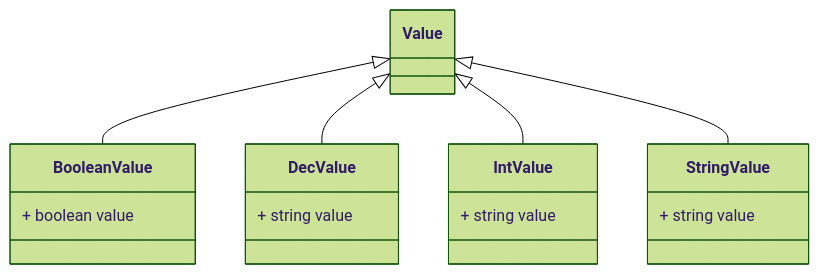
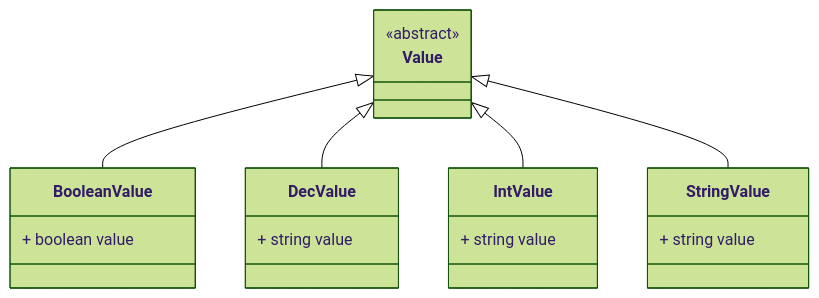
The diagram in freon/src/picode/diagrams/gen/inheritance-view.md (LionWeb-io/mps-meetup-2023), drawn with Mermaid before and after one commit. The commit also changed other lines of this file and 52 other files, not shown here.

````diff
--- a/freon/src/picode/diagrams/gen/inheritance-view.md
+++ b/freon/src/picode/diagrams/gen/inheritance-view.md
@@ -2,31 +2,31 @@
 ```mermaid
     %%{init: {'theme': 'forest'} }%%
     classDiagram
     direction TD
     %% other possibilites: LR RL DT TB (same as TD)
     class BooleanValue {
         
         + boolean value
     }
     class Value {
-        
+        <<abstract>>
         
     }
     class DecValue {
         
         + string value
     }
     class IntValue {
         
         + string value
     }
     class StringValue {
         
         + string value
     }
     Value <|-- BooleanValue
 Value <|-- DecValue
 Value <|-- IntValue
 Value <|-- StringValue
 
 ```
````
